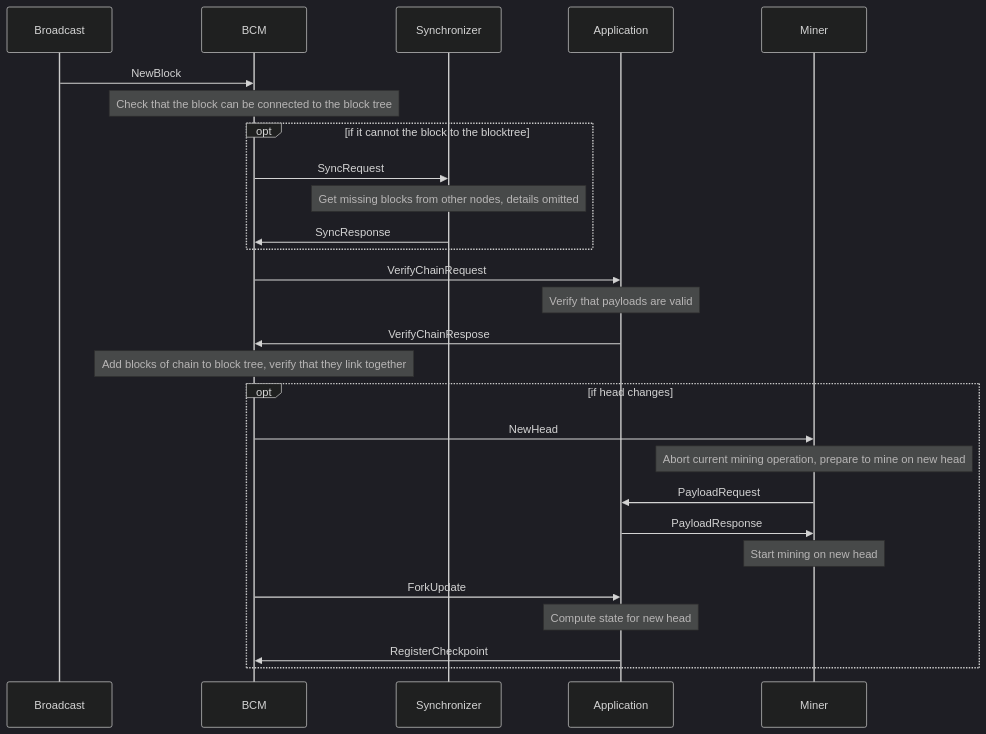
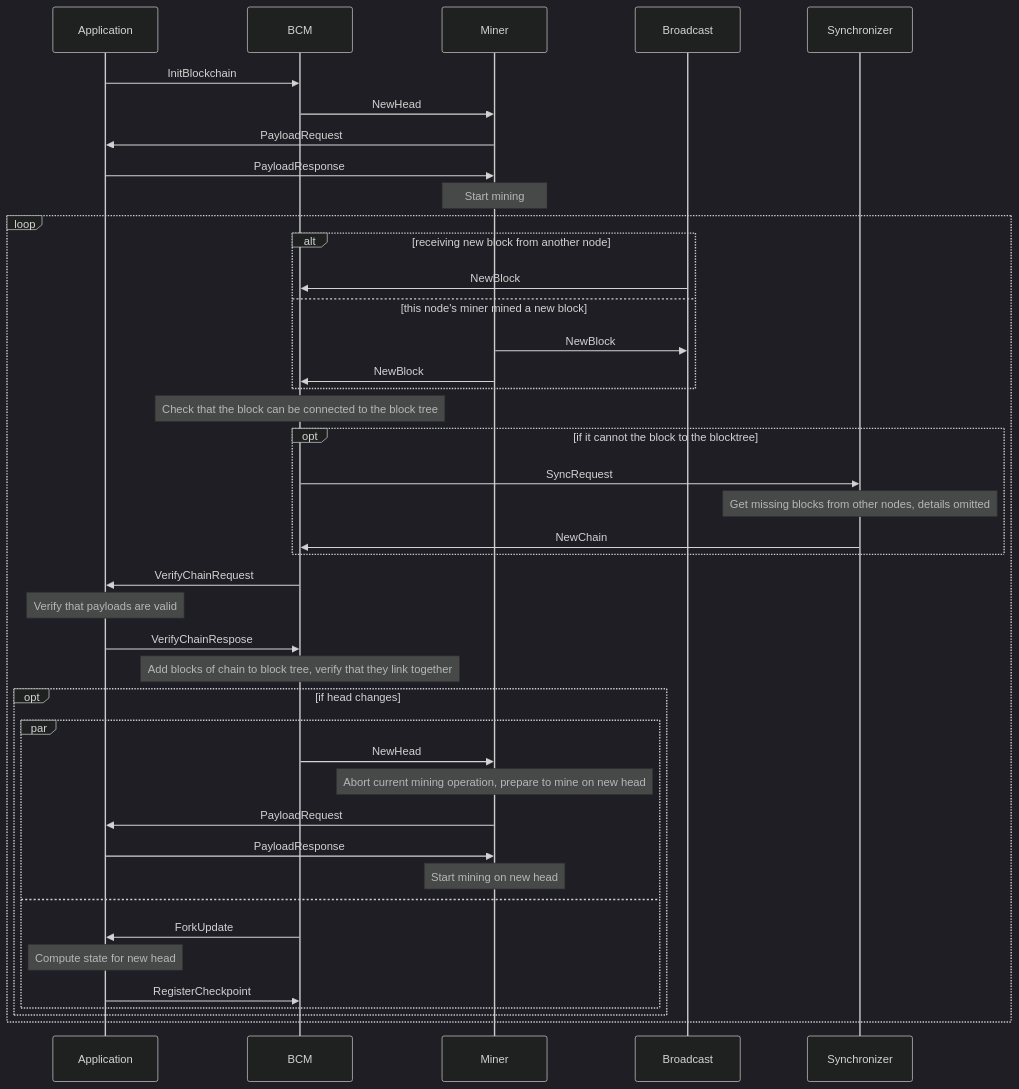
One commit to consensus-shipyard/mir changed the second of 3 diagrams in samples/blockchain/README.md. Above: the diagram before and after it, drawn with Mermaid (dark theme). The commit also changed other lines of this file, not shown here.

````diff
--- a/samples/blockchain/README.md
+++ b/samples/blockchain/README.md
@@ -184,26 +184,44 @@
 ```mermaid
 sequenceDiagram
+    Application ->> BCM: InitBlockchain
+
+    BCM ->> Miner: NewHead
+    Miner ->> Application: PayloadRequest
+    Application ->> Miner: PayloadResponse
+    Note over Miner: Start mining
+
+    loop
+    alt receiving new block from another node
     Broadcast ->> BCM: NewBlock
+    else this node's miner mined a new block
+    Miner ->> Broadcast: NewBlock
+    Miner ->> BCM: NewBlock
+    end
+
     Note over BCM: Check that the block can be connected to the block tree
     opt if it cannot the block to the blocktree
     BCM ->> Synchronizer: SyncRequest
     Note over Synchronizer: Get missing blocks from other nodes, details omitted
-    Synchronizer ->> BCM: SyncResponse
+    Synchronizer ->> BCM: NewChain
     end
     BCM ->> Application: VerifyChainRequest
     Note over Application: Verify that payloads are valid
     Application ->> BCM: VerifyChainRespose
     Note over BCM: Add blocks of chain to block tree, verify that they link together
 
 
     opt if head changes
+    par
     BCM ->> Miner: NewHead
     Note over Miner: Abort current mining operation, prepare to mine on new head
     Miner ->> Application: PayloadRequest
     Application ->> Miner: PayloadResponse
     Note over Miner: Start mining on new head
+    and
     BCM ->> Application: ForkUpdate
     Note over Application: Compute state for new head
     Application ->> BCM: RegisterCheckpoint
     end
+    end
+    end
 ```
````
